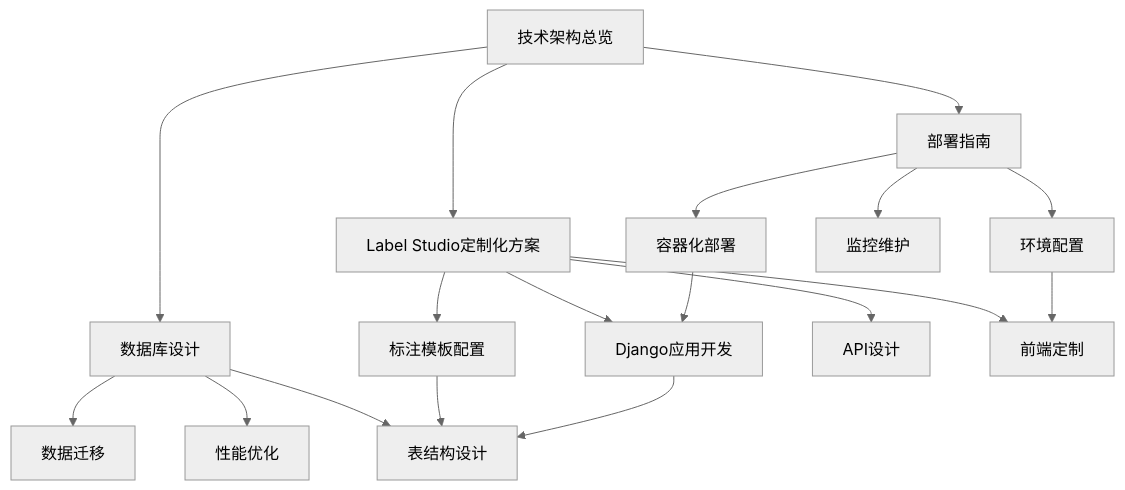
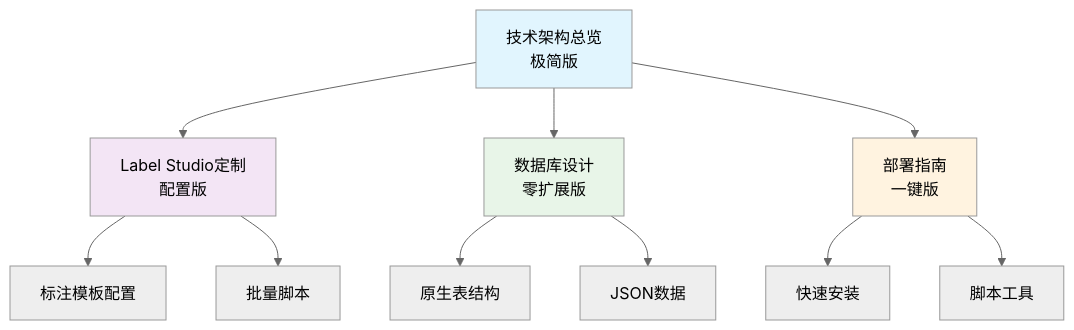
One commit to ForeverNewLee/label-studio-document-ocr changed the diagram in docs/technical/_index.md. Above: the diagram before and after it, drawn with Mermaid (neutral theme). The commit also changed other lines of this file and 5 other files, not shown here.

````diff
--- a/docs/technical/_index.md
+++ b/docs/technical/_index.md
@@ -78,24 +74,20 @@
 ```mermaid
 graph TD
-    A[技术架构总览] --> B[Label Studio定制化方案]
-    A --> C[数据库设计]
-    A --> D[部署指南]
+    A[技术架构总览<br/>极简版] --> B[Label Studio定制<br/>配置版]
+    A --> C[数据库设计<br/>零扩展版]
+    A --> D[部署指南<br/>一键版]
     
     B --> B1[标注模板配置]
-    B --> B2[Django应用开发]
-    B --> B3[API设计]
-    B --> B4[前端定制]
+    B --> B2[批量脚本]
     
-    C --> C1[表结构设计]
-    C --> C2[性能优化]
-    C --> C3[数据迁移]
+    C --> C1[原生表结构]
+    C --> C2[JSON数据]
     
-    D --> D1[容器化部署]
-    D --> D2[环境配置]
-    D --> D3[监控维护]
+    D --> D1[快速安装]
+    D --> D2[脚本工具]
     
-    B1 --> C1
-    B2 --> C1
-    D1 --> B2
-    D2 --> B4
+    style A fill:#e1f5fe
+    style B fill:#f3e5f5
+    style C fill:#e8f5e8
+    style D fill:#fff3e0
 ```
````
